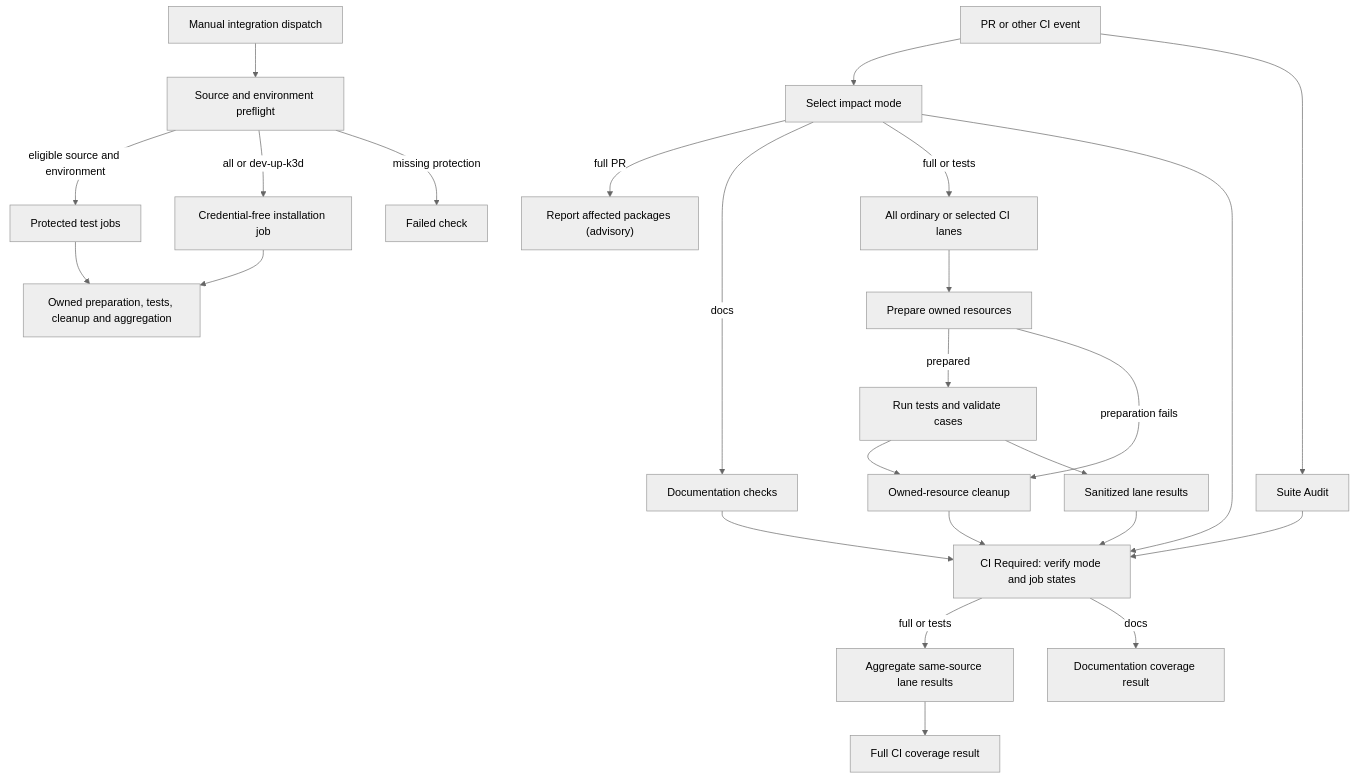
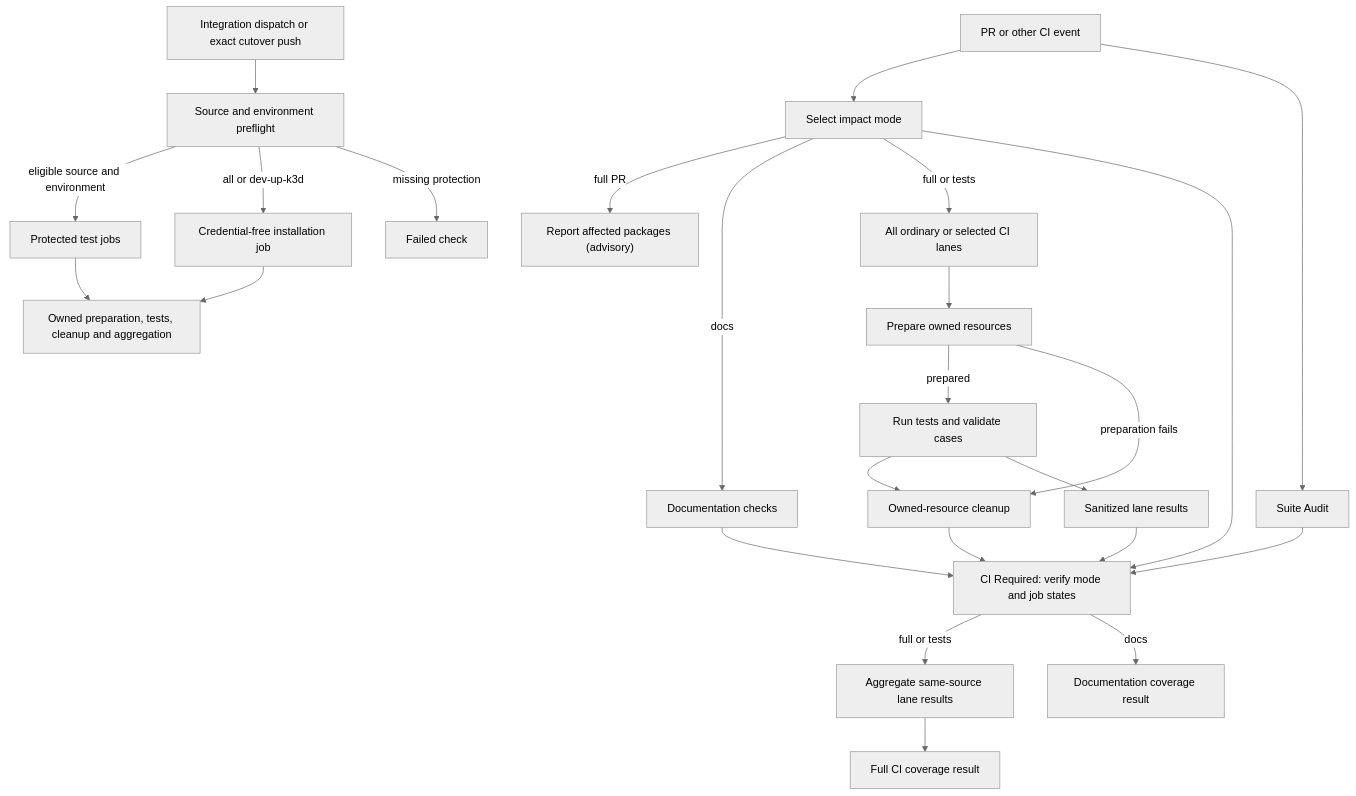
The diagram in docs/flows/github-actions-testing.md (openclaw/openclaw-enterprise), drawn with Mermaid (neutral theme) before and after one commit. The commit also changed other lines of this file and 16 other files, not shown here.

Commit message:
ci: validate Full Integration in one protected environment

````diff
--- a/docs/flows/github-actions-testing.md
+++ b/docs/flows/github-actions-testing.md
@@ -21,27 +21,27 @@
 ```mermaid
 graph TD
   A["PR or other CI event"] --> S["Select impact mode"]
   A --> N["Suite Audit"]
   S -->|full PR| Q["Report affected packages (advisory)"]
   S -->|docs| D["Documentation checks"]
   S -->|full or tests| B["All ordinary or selected CI lanes"]
   B --> F["Prepare owned resources"]
   F -->|prepared| H["Run tests and validate cases"]
   F -->|preparation fails| J["Owned-resource cleanup"]
   H --> J
   H --> K["Sanitized lane results"]
   J --> G["CI Required: verify mode and job states"]
   S --> G
   N --> G
   D --> G
   K --> G
   G -->|full or tests| L["Aggregate same-source lane results"]
   G -->|docs| M["Documentation coverage result"]
   L --> R["Full CI coverage result"]
-  C["Manual integration dispatch"] --> P["Source and environment preflight"]
+  C["Integration dispatch or exact cutover push"] --> P["Source and environment preflight"]
   P -->|eligible source and environment| E["Protected test jobs"]
   P -->|all or dev-up-k3d| U["Credential-free installation job"]
   U --> T
   P -->|missing protection| X["Failed check"]
   E --> T["Owned preparation, tests, cleanup and aggregation"]
 ```
````
